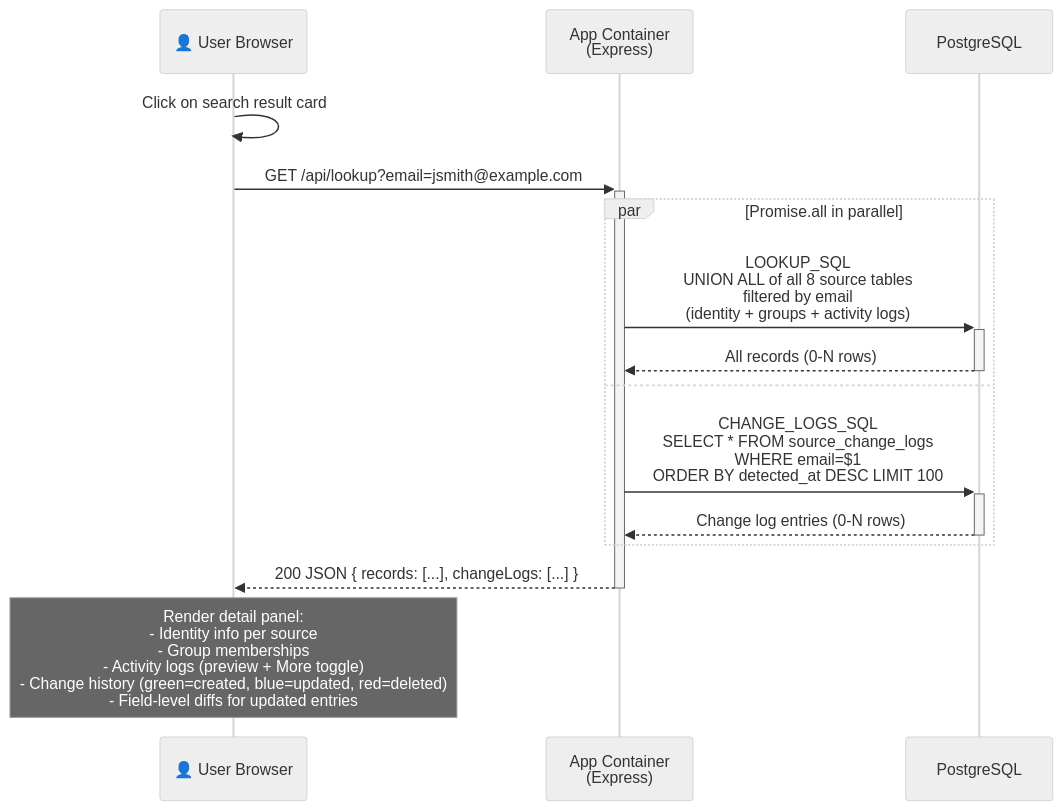
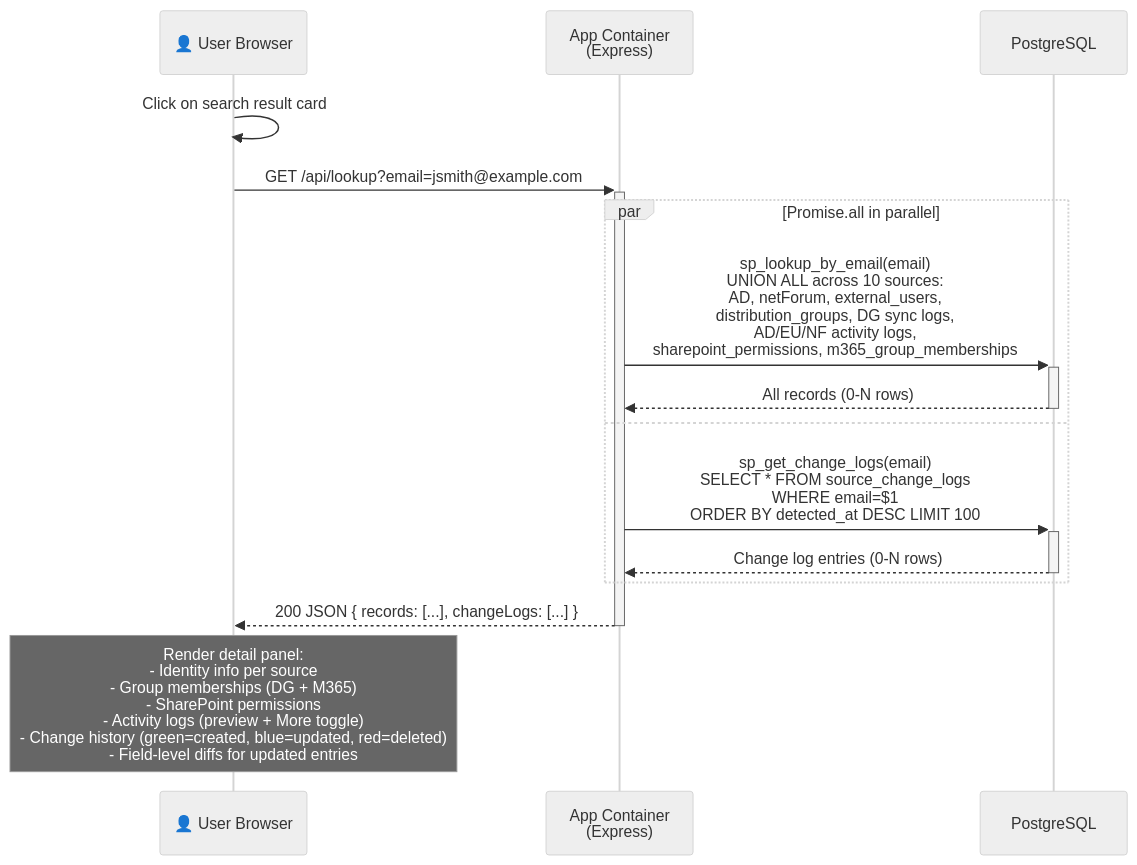
Before and after one commit to sjackshaw/user-search: the diagram in docs/diagrams/lookup-sequence.md, drawn with Mermaid (neutral theme). The commit also changed 30 other files, not shown here.

````diff
--- a/docs/diagrams/lookup-sequence.md
+++ b/docs/diagrams/lookup-sequence.md
@@ -3,22 +3,22 @@
 ```mermaid
 sequenceDiagram
     participant U as 👤 User Browser
     participant A as App Container<br/>(Express)
     participant P as PostgreSQL
 
     U->>U: Click on search result card
 
     U->>+A: GET /api/lookup?email=jsmith@example.com
 
     par Promise.all in parallel
-        A->>+P: LOOKUP_SQL<br/>UNION ALL of all 8 source tables<br/>filtered by email<br/>(identity + groups + activity logs)
+        A->>+P: sp_lookup_by_email(email)<br/>UNION ALL across 10 sources:<br/>AD, netForum, external_users,<br/>distribution_groups, DG sync logs,<br/>AD/EU/NF activity logs,<br/>sharepoint_permissions, m365_group_memberships
         P-->>-A: All records (0-N rows)
     and
-        A->>+P: CHANGE_LOGS_SQL<br/>SELECT * FROM source_change_logs<br/>WHERE email=$1<br/>ORDER BY detected_at DESC LIMIT 100
+        A->>+P: sp_get_change_logs(email)<br/>SELECT * FROM source_change_logs<br/>WHERE email=$1<br/>ORDER BY detected_at DESC LIMIT 100
         P-->>-A: Change log entries (0-N rows)
     end
 
     A-->>-U: 200 JSON { records: [...], changeLogs: [...] }
 
-    Note over U: Render detail panel:<br/>- Identity info per source<br/>- Group memberships<br/>- Activity logs (preview + More toggle)<br/>- Change history (green=created, blue=updated, red=deleted)<br/>- Field-level diffs for updated entries
+    Note over U: Render detail panel:<br/>- Identity info per source<br/>- Group memberships (DG + M365)<br/>- SharePoint permissions<br/>- Activity logs (preview + More toggle)<br/>- Change history (green=created, blue=updated, red=deleted)<br/>- Field-level diffs for updated entries
 ```
````
